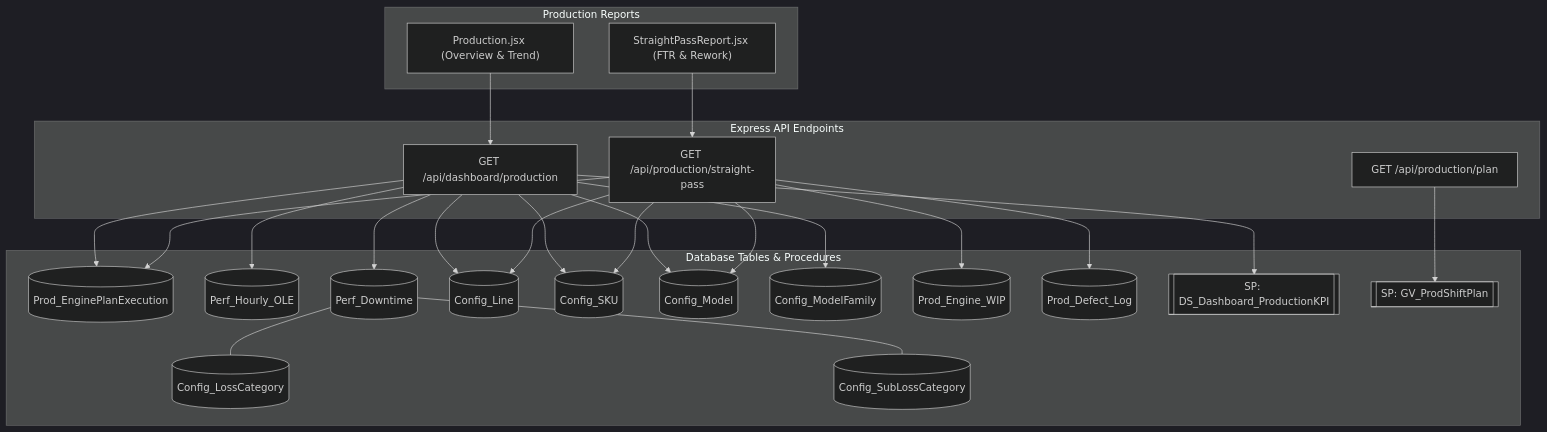
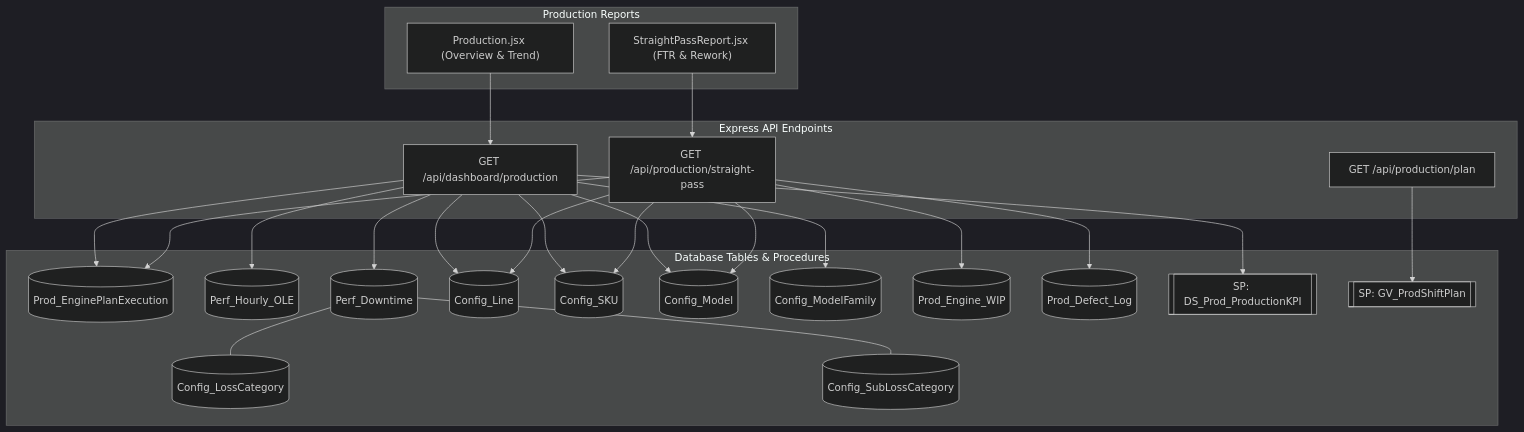
One commit to Saksham1244/BajajDashboard changed the third of 10 diagrams in docs/DATA_LINEAGE_AND_TABLE_MAPPING.md. Above: the diagram before and after it, drawn with Mermaid (dark theme). The commit also changed other lines of this file and 69 other files, not shown here.

````diff
--- a/docs/DATA_LINEAGE_AND_TABLE_MAPPING.md
+++ b/docs/DATA_LINEAGE_AND_TABLE_MAPPING.md
@@ -80,41 +80,41 @@
 ```mermaid
 flowchart TD
     subgraph UI_Layer["Production Reports"]
         P1["Production.jsx (Overview & Trend)"]
         P2["StraightPassReport.jsx (FTR & Rework)"]
     end
 
     subgraph API_Layer["Express API Endpoints"]
         E1["GET /api/dashboard/production"]
         E2["GET /api/production/plan"]
         E3["GET /api/production/straight-pass"]
     end
 
     subgraph DB_Layer["Database Tables & Procedures"]
         T1[("Prod_EnginePlanExecution")]
         T2[("Perf_Hourly_OLE")]
         T3[("Perf_Downtime")]
         T4[("Config_LossCategory")]
         T5[("Config_SubLossCategory")]
         T6[("Config_Line")]
         T7[("Config_SKU")]
         T8[("Config_Model")]
         T9[("Config_ModelFamily")]
         T10[("Prod_Engine_WIP")]
         T11[("Prod_Defect_Log")]
-        SP1[["SP: DS_Dashboard_ProductionKPI"]]
+        SP1[["SP: DS_Prod_ProductionKPI"]]
         SP2[["SP: GV_ProdShiftPlan"]]
     end
 
     P1 --> E1
     P2 --> E3
     E1 --> SP1
     E1 --> T1
     E1 --> T2
     E1 --> T3
     T3 --- T4
     T3 --- T5
     E1 --> T6 & T7 & T8 & T9
     E2 --> SP2
     E3 --> T1 & T6 & T10 & T11 & T7 & T8
 ```
````
